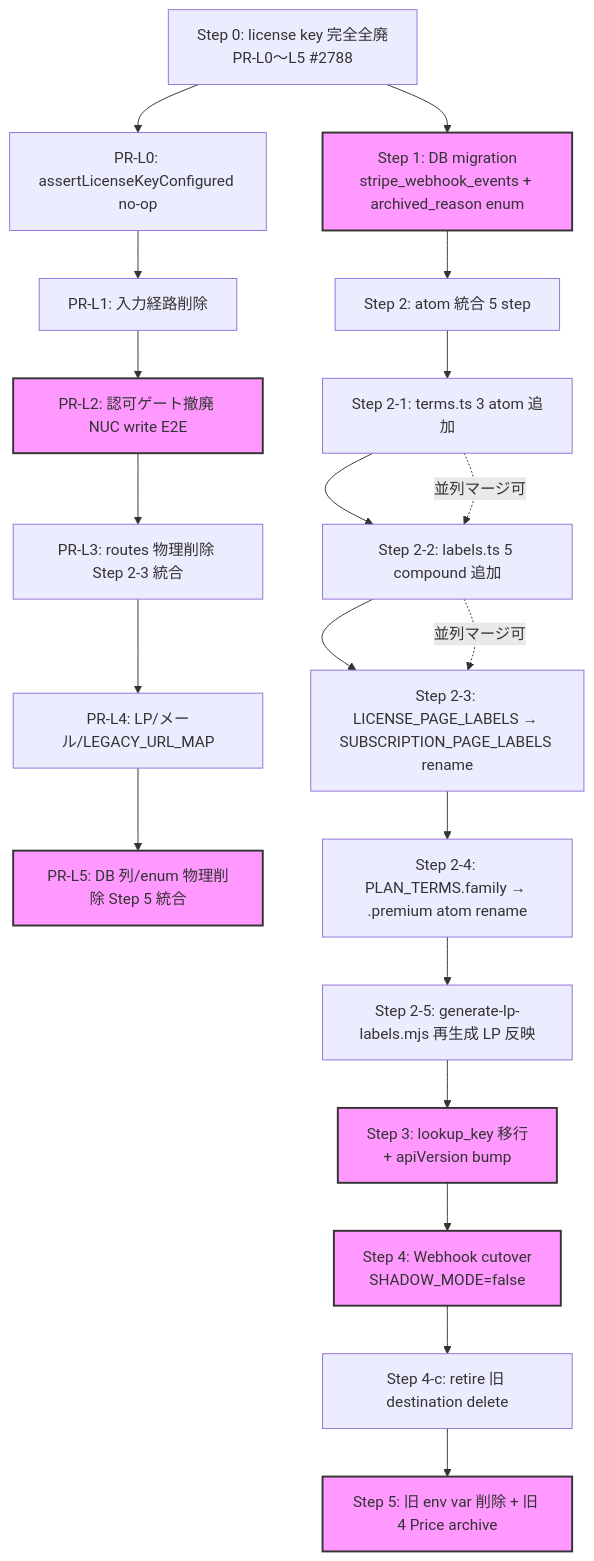
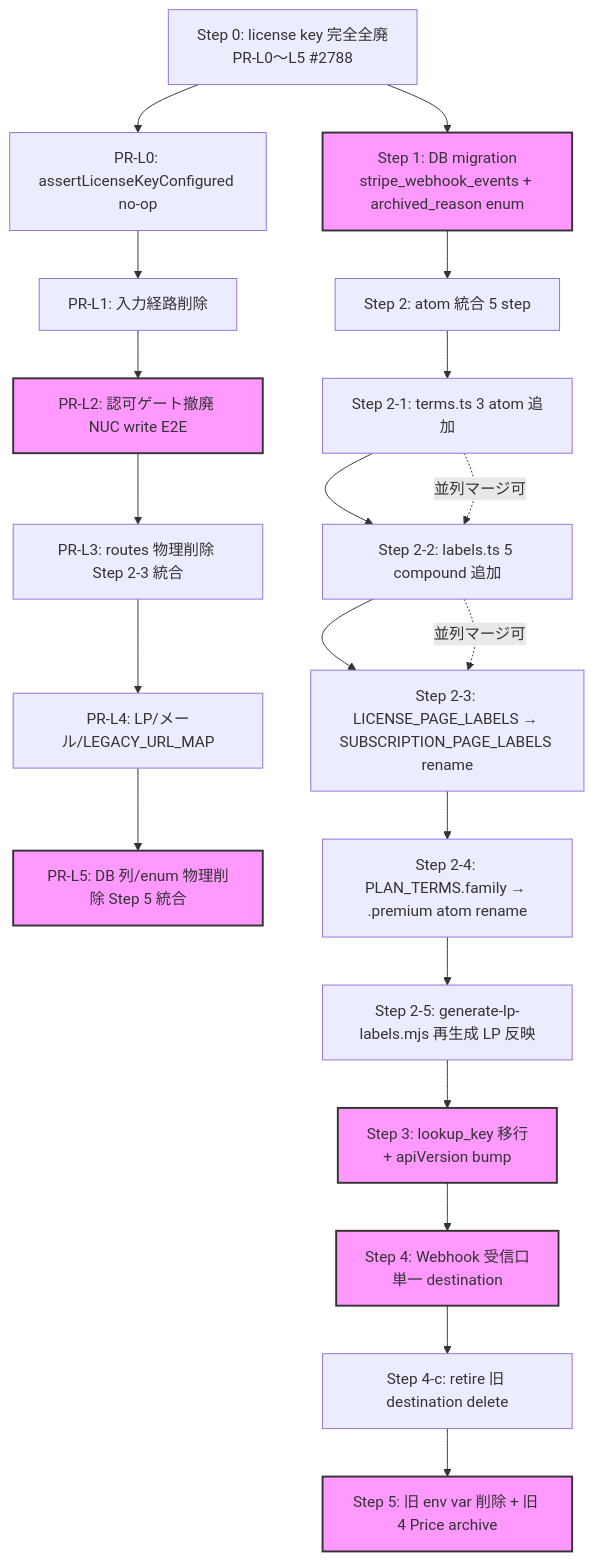
One commit to Takenori-Kusaka/ganbari-quest changed the second of 2 diagrams in docs/design/billing-redesign/phase6-phase7-execution-ssot.md. Above: the diagram before and after it, drawn with Mermaid. The commit also changed other lines of this file, not shown here.

First line of the commit message:
docs(design): #4341 follow-up 2 — phase6-phase7-execution-ssot.md Step 4節本体のshadow-mode矛盾を解消する

````diff
--- a/docs/design/billing-redesign/phase6-phase7-execution-ssot.md
+++ b/docs/design/billing-redesign/phase6-phase7-execution-ssot.md
@@ -312,26 +292,26 @@
 ```mermaid
 flowchart TD
     S0[Step 0: license key 完全全廃<br/>PR-L0〜L5 #2788] --> S1[Step 1: DB migration<br/>stripe_webhook_events + archived_reason enum]
     S0 --> S0a[PR-L0: assertLicenseKeyConfigured no-op]
     S0a --> S0b[PR-L1: 入力経路削除]
     S0b --> S0c[PR-L2: 認可ゲート撤廃 NUC write E2E]
     S0c --> S0d[PR-L3: routes 物理削除 Step 2-3 統合]
     S0d --> S0e[PR-L4: LP/メール/LEGACY_URL_MAP]
     S0e --> S0f[PR-L5: DB 列/enum 物理削除 Step 5 統合]
     S1 --> S2[Step 2: atom 統合 5 step]
     S2 --> S2a[Step 2-1: terms.ts 3 atom 追加]
     S2a --> S2b[Step 2-2: labels.ts 5 compound 追加]
     S2b --> S2c[Step 2-3: LICENSE_PAGE_LABELS → SUBSCRIPTION_PAGE_LABELS rename]
     S2c --> S2d[Step 2-4: PLAN_TERMS.family → .premium atom rename]
     S2d --> S2e[Step 2-5: generate-lp-labels.mjs 再生成 LP 反映]
     S2e --> S3[Step 3: lookup_key 移行<br/>+ apiVersion bump]
-    S3 --> S4[Step 4: Webhook cutover<br/>SHADOW_MODE=false]
+    S3 --> S4[Step 4: Webhook 受信口<br/>単一 destination]
     S4 --> S4c[Step 4-c: retire 旧 destination delete]
     S4c --> S5[Step 5: 旧 env var 削除 + 旧 4 Price archive]
 
     S2a -.->|並列マージ可| S2b
     S2b -.->|並列マージ可| S2c
 
     classDef critical fill:#f9f,stroke:#333,stroke-width:2px
     class S0c,S0f,S1,S3,S4,S5 critical
 ```
````
